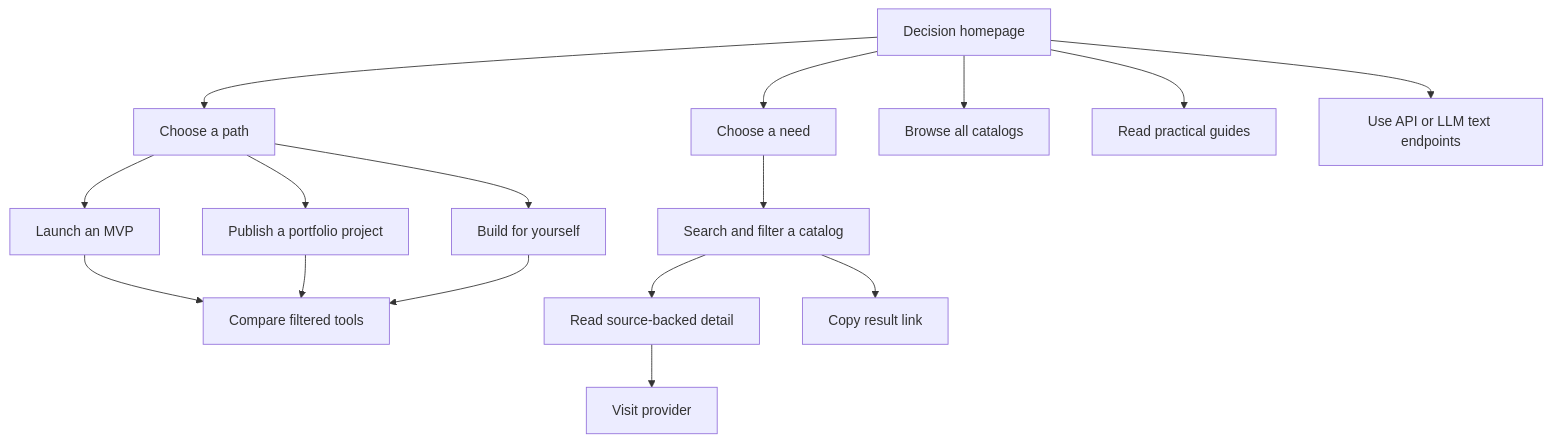
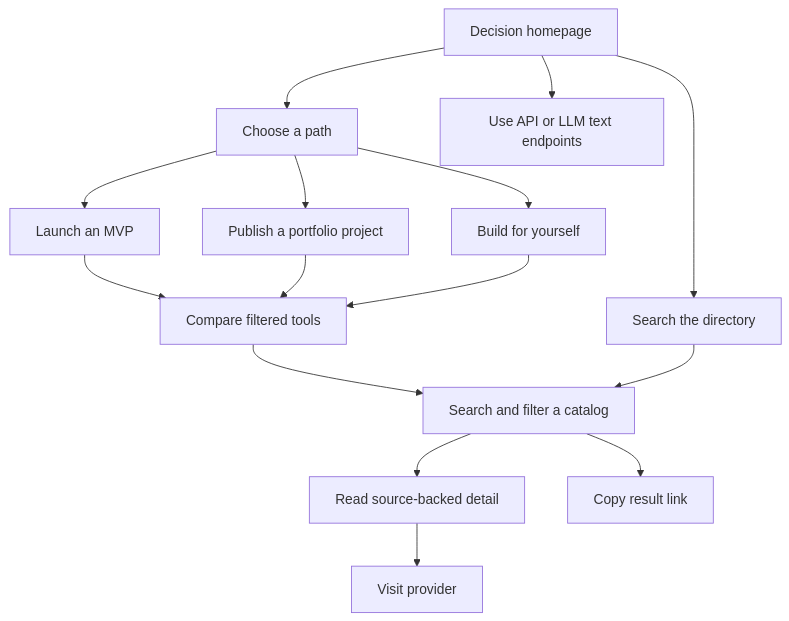
Before and after one commit to freestackhq/freestack: the diagram in docs/redesign.md, drawn with Mermaid. The commit also changed other lines of this file and 17 other files, not shown here.

````diff
--- a/docs/redesign.md
+++ b/docs/redesign.md
@@ -30,18 +30,17 @@
 ```mermaid
 flowchart TD
     Home[Decision homepage] --> Audience[Choose a path]
     Audience --> Founder[Launch an MVP]
     Audience --> Student[Publish a portfolio project]
     Audience --> Hobby[Build for yourself]
     Founder --> Compare[Compare filtered tools]
     Student --> Compare
     Hobby --> Compare
-    Home --> Need[Choose a need]
-    Need --> Filter[Search and filter a catalog]
+    Home --> Browse[Search the directory]
+    Compare --> Filter[Search and filter a catalog]
     Filter --> Detail[Read source-backed detail]
     Detail --> Provider[Visit provider]
     Filter --> Share[Copy result link]
-    Home --> Browse[Browse all catalogs]
-    Home --> Guides[Read practical guides]
+    Browse --> Filter
     Home --> API[Use API or LLM text endpoints]
 ```
````
